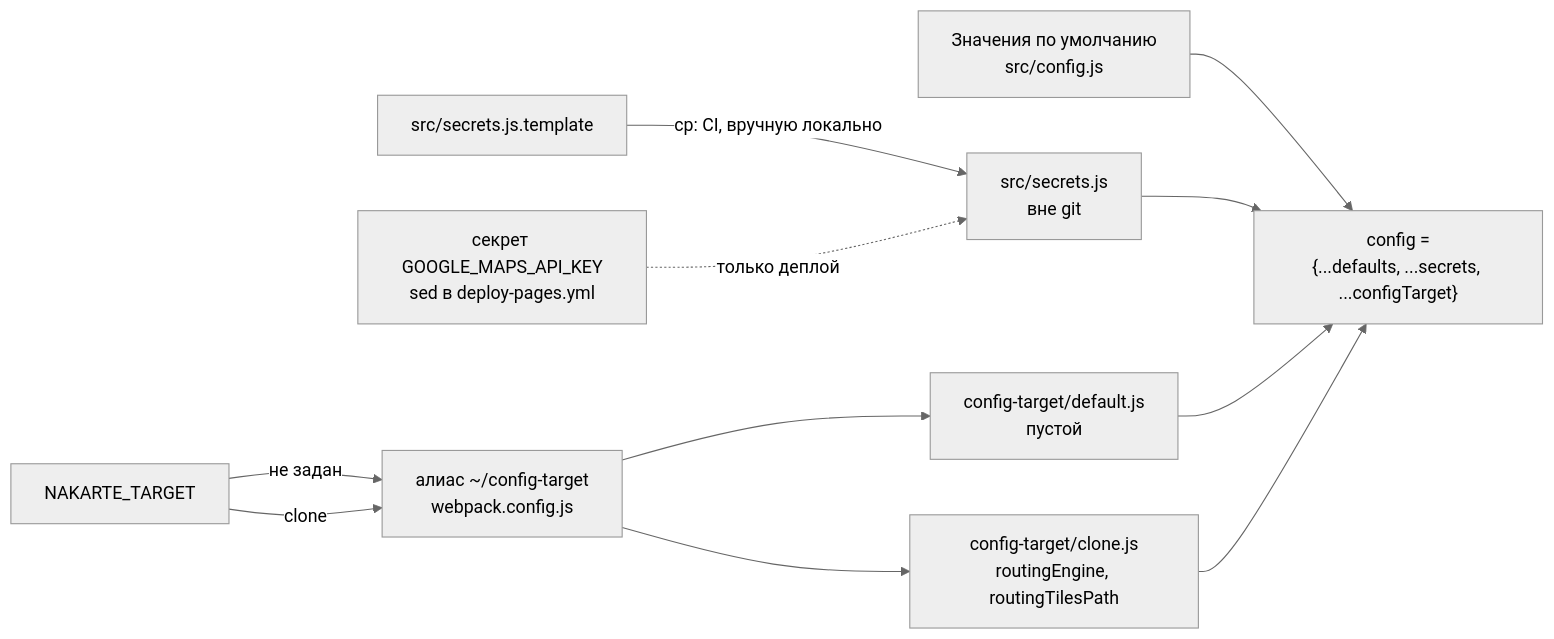
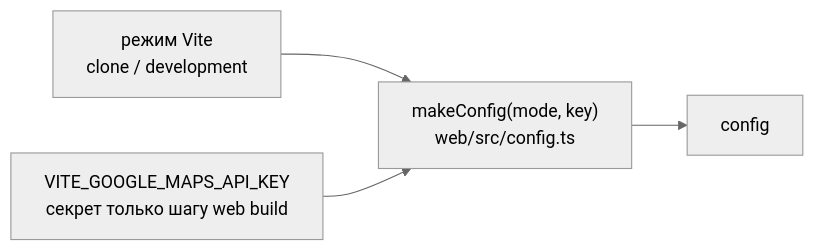
Before and after one commit to sergeycw/nakarte: the second of 2 diagrams in docs/architecture/client.md, drawn with Mermaid (neutral theme). The commit also changed other lines of this file and 17 other files, not shown here.

````diff
--- a/docs/architecture/client.md
+++ b/docs/architecture/client.md
@@ -72,23 +59,10 @@
 ```mermaid
 flowchart LR
-    defaults["Значения по умолчанию<br/>src/config.js"]
-    template["src/secrets.js.template"]
-    secrets["src/secrets.js<br/>вне git"]
-    env["NAKARTE_TARGET"]
-    alias["алиас ~/config-target<br/>webpack.config.js"]
-    deflt["config-target/default.js<br/>пустой"]
-    clone["config-target/clone.js<br/>routingEngine, routingTilesPath"]
-    config["config =<br/>{...defaults, ...secrets, ...configTarget}"]
-    gkey["секрет GOOGLE_MAPS_API_KEY<br/>sed в deploy-pages.yml"]
-
-    template -->|"cp: CI, вручную локально"| secrets
-    gkey -.->|"только деплой"| secrets
-    env -->|"не задан"| alias
-    env -->|"clone"| alias
-    alias --> deflt
-    alias --> clone
-    defaults --> config
-    secrets --> config
-    deflt --> config
-    clone --> config
+    mode["режим Vite<br/>clone / development"]
+    key["VITE_GOOGLE_MAPS_API_KEY<br/>секрет только шагу web build"]
+    make["makeConfig(mode, key)<br/>web/src/config.ts"]
+    config["config"]
+    mode --> make
+    key --> make
+    make --> config
 ```
````
